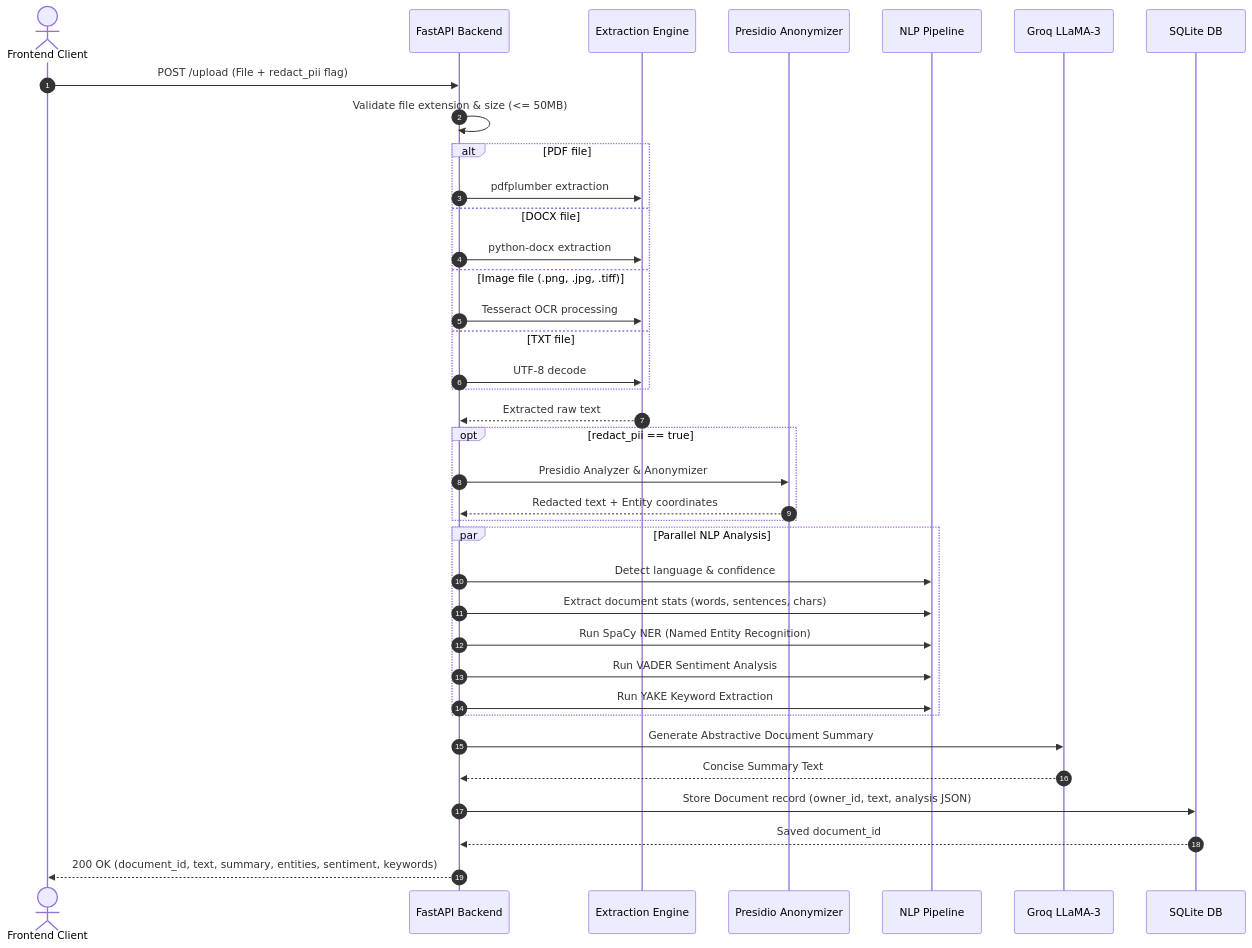
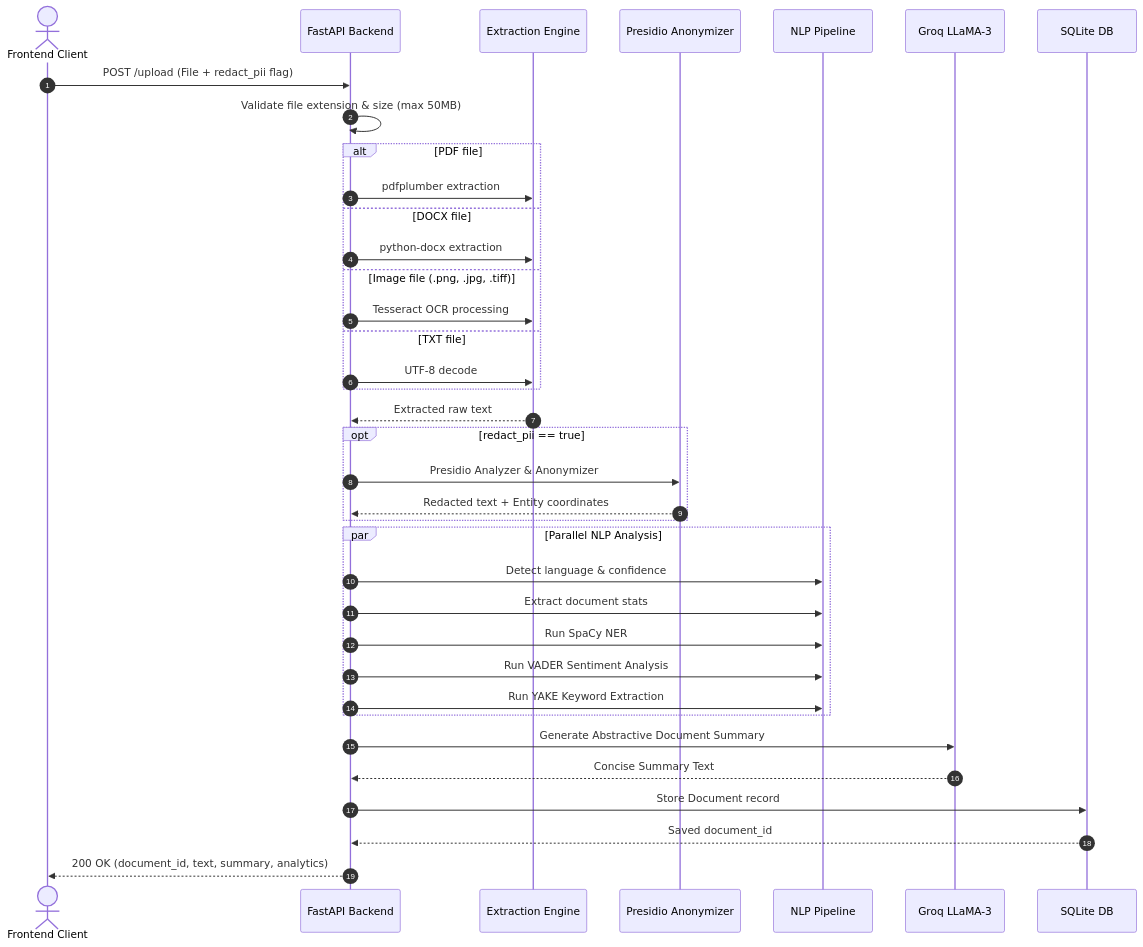
Before and after one commit to aryan0416/doculinguaai: the second of 4 diagrams in README.md, drawn with Mermaid. The commit also changed other lines of this file, not shown here.

Commit message:
Fix Mermaid diagram syntax for GitHub renderer

````diff
--- a/README.md
+++ b/README.md
@@ -160,45 +165,45 @@
 ```mermaid
 sequenceDiagram
     autonumber
     actor Client as Frontend Client
     participant API as FastAPI Backend
     participant Ingest as Extraction Engine
     participant PII as Presidio Anonymizer
     participant Analytics as NLP Pipeline
     participant LLM as Groq LLaMA-3
     participant DB as SQLite DB
 
     Client->>API: POST /upload (File + redact_pii flag)
-    API->>API: Validate file extension & size (<= 50MB)
+    API->>API: Validate file extension & size (max 50MB)
     alt PDF file
         API->>Ingest: pdfplumber extraction
     else DOCX file
         API->>Ingest: python-docx extraction
     else Image file (.png, .jpg, .tiff)
         API->>Ingest: Tesseract OCR processing
     else TXT file
         API->>Ingest: UTF-8 decode
     end
     Ingest-->>API: Extracted raw text
 
     opt redact_pii == true
         API->>PII: Presidio Analyzer & Anonymizer
         PII-->>API: Redacted text + Entity coordinates
     end
 
     par Parallel NLP Analysis
         API->>Analytics: Detect language & confidence
-        API->>Analytics: Extract document stats (words, sentences, chars)
-        API->>Analytics: Run SpaCy NER (Named Entity Recognition)
+        API->>Analytics: Extract document stats
+        API->>Analytics: Run SpaCy NER
         API->>Analytics: Run VADER Sentiment Analysis
         API->>Analytics: Run YAKE Keyword Extraction
     end
 
     API->>LLM: Generate Abstractive Document Summary
     LLM-->>API: Concise Summary Text
 
-    API->>DB: Store Document record (owner_id, text, analysis JSON)
+    API->>DB: Store Document record
     DB-->>API: Saved document_id
 
-    API-->>Client: 200 OK (document_id, text, summary, entities, sentiment, keywords)
+    API-->>Client: 200 OK (document_id, text, summary, analytics)
 ```
````
